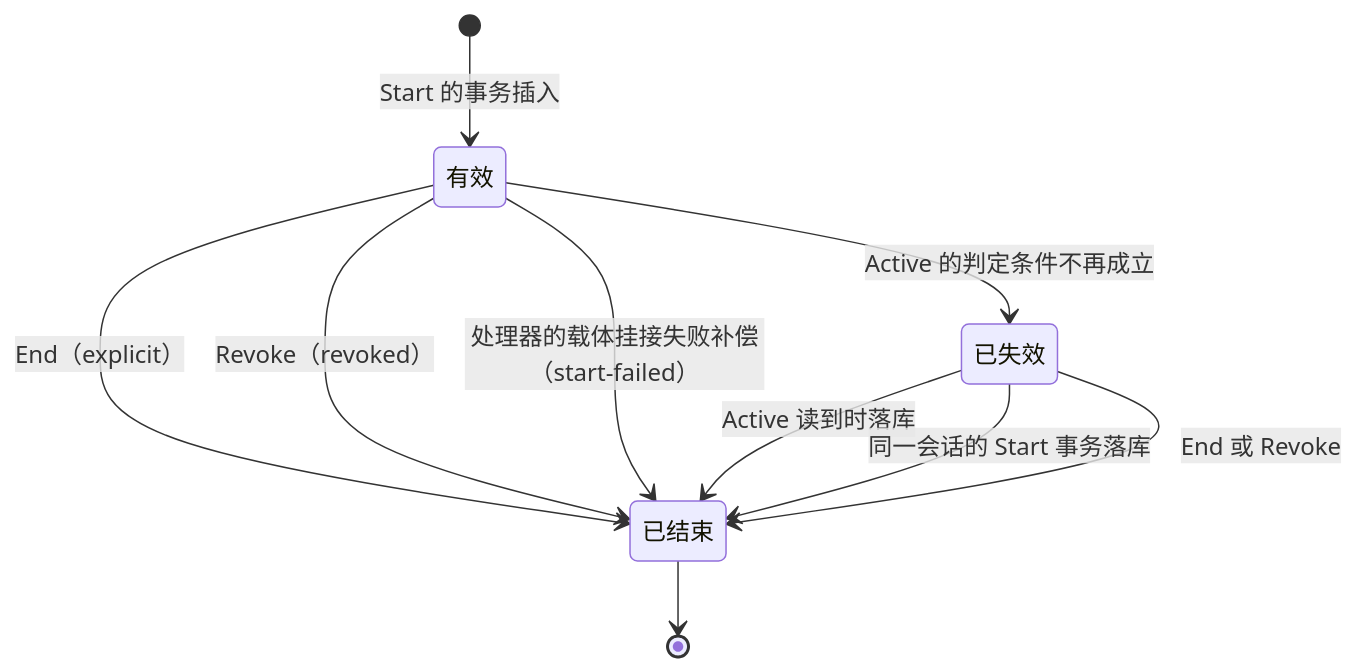
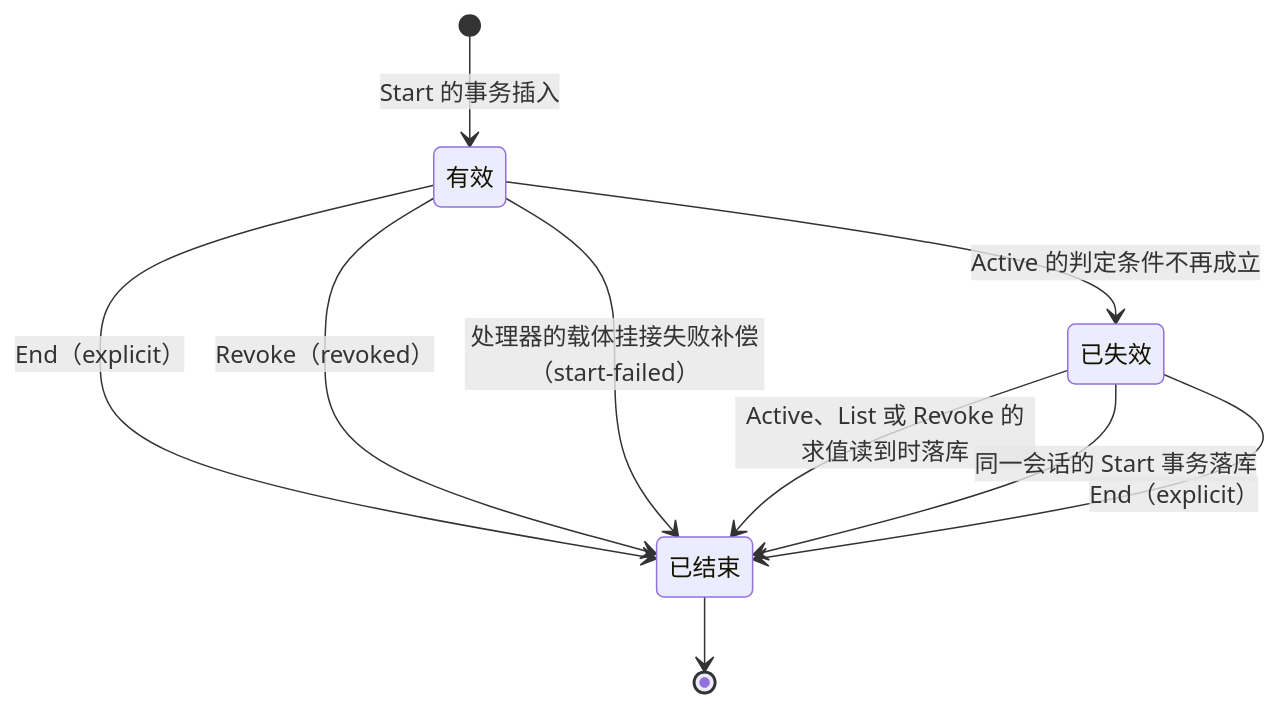
Before and after one commit to wangzw/speed: the second of 4 diagrams in docs/design/modules/authn/design-authn-impersonation.md, drawn with Mermaid. The commit also changed other lines of this file, not shown here.

First line of the commit message:
docs(authn): align the revoke flow, the token revocation and the settle writers

````diff
--- a/docs/design/modules/authn/design-authn-impersonation.md
+++ b/docs/design/modules/authn/design-authn-impersonation.md
@@ -243,12 +243,12 @@
 ```mermaid
 stateDiagram-v2
     [*] --> 有效: Start 的事务插入
     有效 --> 已结束: End（explicit）
     有效 --> 已结束: Revoke（revoked）
     有效 --> 已结束: 处理器的载体挂接失败补偿（start-failed）
     有效 --> 已失效: Active 的判定条件不再成立
-    已失效 --> 已结束: Active 读到时落库
+    已失效 --> 已结束: Active、List 或 Revoke 的求值读到时落库
     已失效 --> 已结束: 同一会话的 Start 事务落库
-    已失效 --> 已结束: End 或 Revoke
+    已失效 --> 已结束: End（explicit）
     已结束 --> [*]
 ```
````
